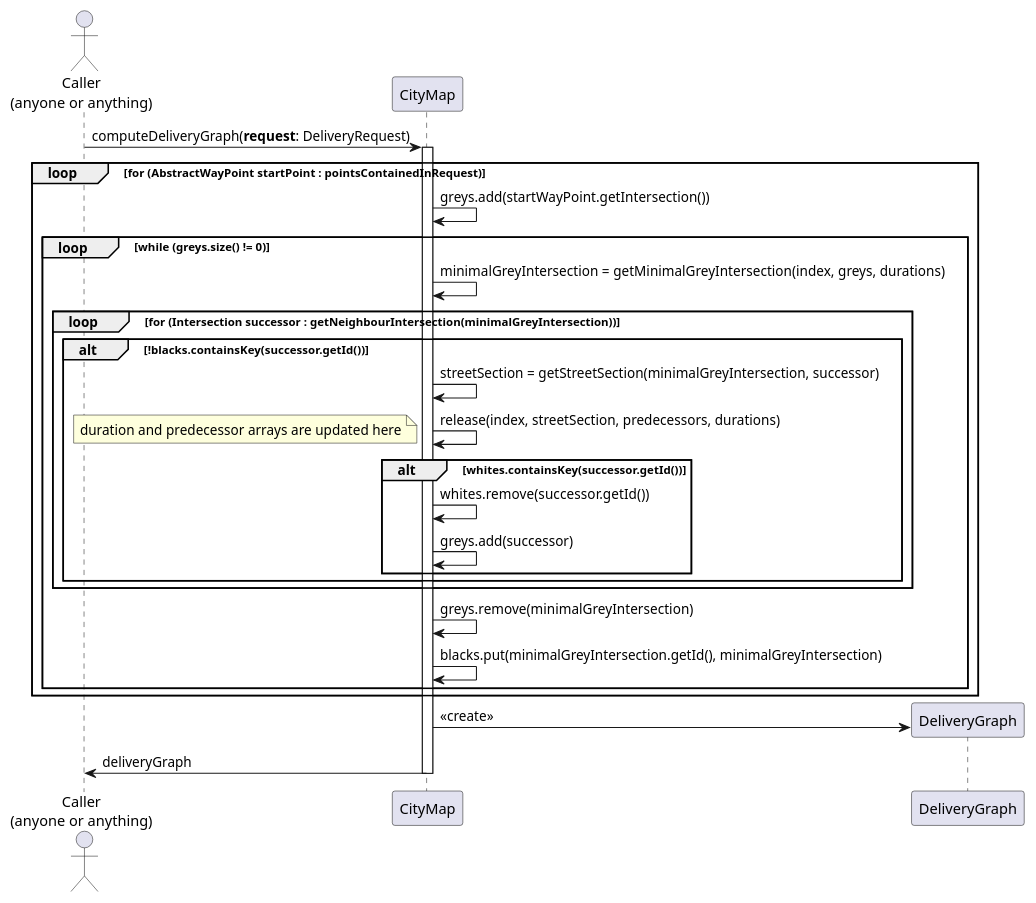
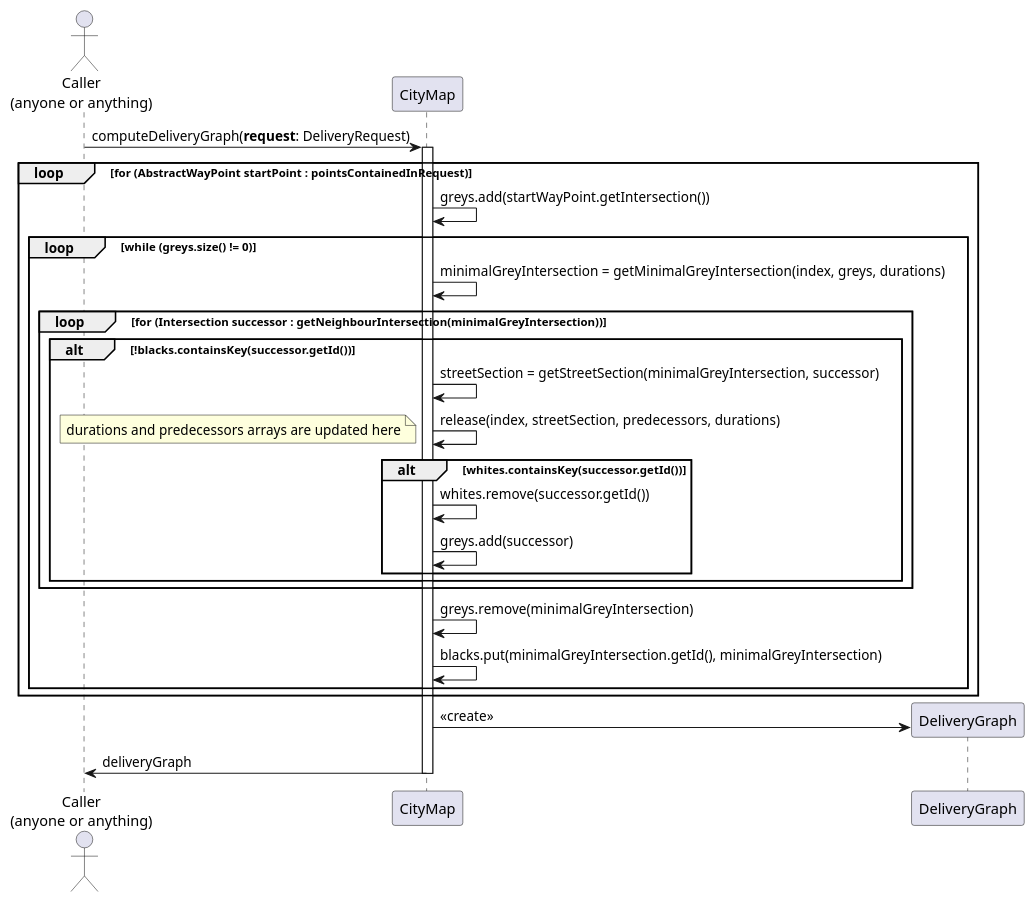
One commit to if-h4102/pld-agile changed the diagram in docs/uml/sequence-diagram-dijkstra.puml. Above: the diagram before and after it, drawn with PlantUML.

Commit message:
sequence-diagram-dijkstra updated.

```diff
--- a/docs/uml/sequence-diagram-dijkstra.puml
+++ b/docs/uml/sequence-diagram-dijkstra.puml
@@ -1,35 +1,35 @@
 @startuml
 actor "Caller\n(anyone or anything)" as CPS
 participant CityMap as CM
 participant DeliveryGraph as DG
 
 
 CPS -> CM : computeDeliveryGraph(**request**: DeliveryRequest)
 activate CM
 loop for (AbstractWayPoint startPoint : pointsContainedInRequest)
     CM -> CM : greys.add(startWayPoint.getIntersection())
     loop while (greys.size() != 0)
         CM -> CM : minimalGreyIntersection = getMinimalGreyIntersection(index, greys, durations)
         loop for (Intersection successor : getNeighbourIntersection(minimalGreyIntersection))
             alt !blacks.containsKey(successor.getId())
                 CM -> CM : streetSection = getStreetSection(minimalGreyIntersection, successor)
                 CM -> CM : release(index, streetSection, predecessors, durations)
                 note left
-                    duration and predecessor arrays are updated here
+                    durations and predecessors arrays are updated here
                 end note
                 alt whites.containsKey(successor.getId())
                     CM -> CM : whites.remove(successor.getId())
                     CM -> CM : greys.add(successor)
                 end
             end
         end
         CM -> CM : greys.remove(minimalGreyIntersection)
         CM -> CM : blacks.put(minimalGreyIntersection.getId(), minimalGreyIntersection)
     end
 end
 create DG
 CM -> DG : <<create>>
 CPS <- CM : deliveryGraph
 deactivate CM
 
 @enduml
```
